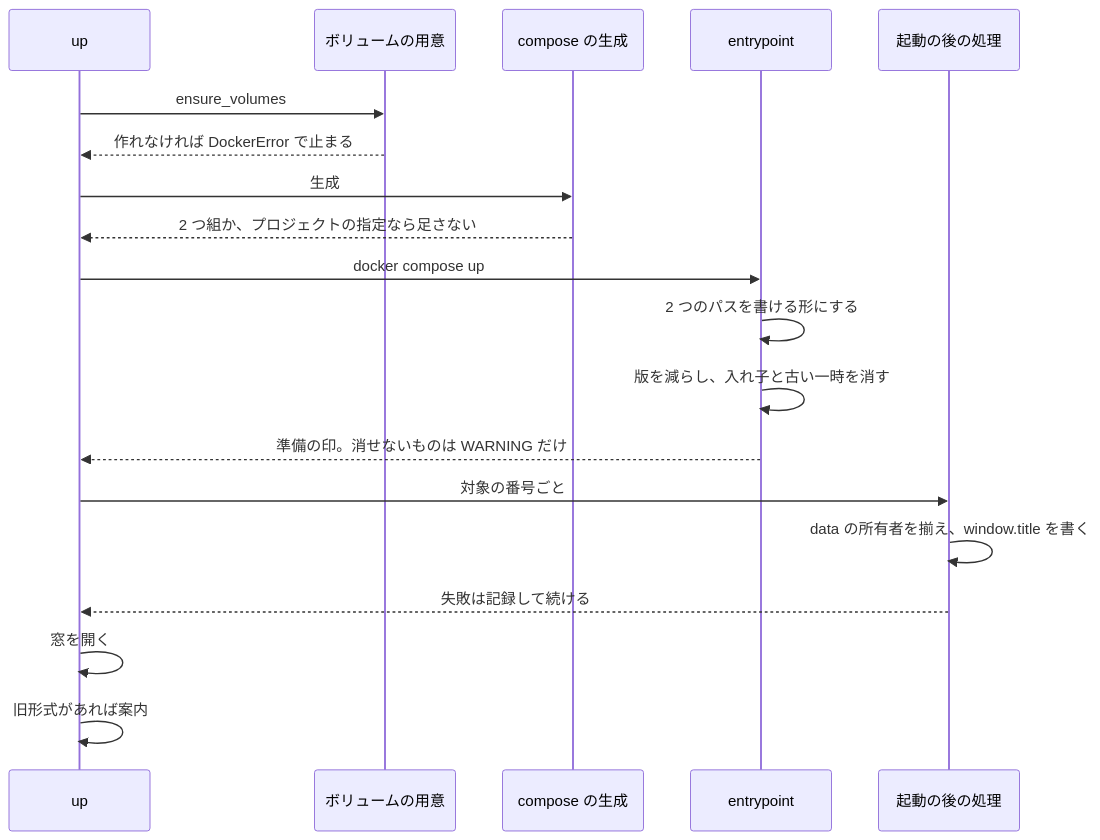
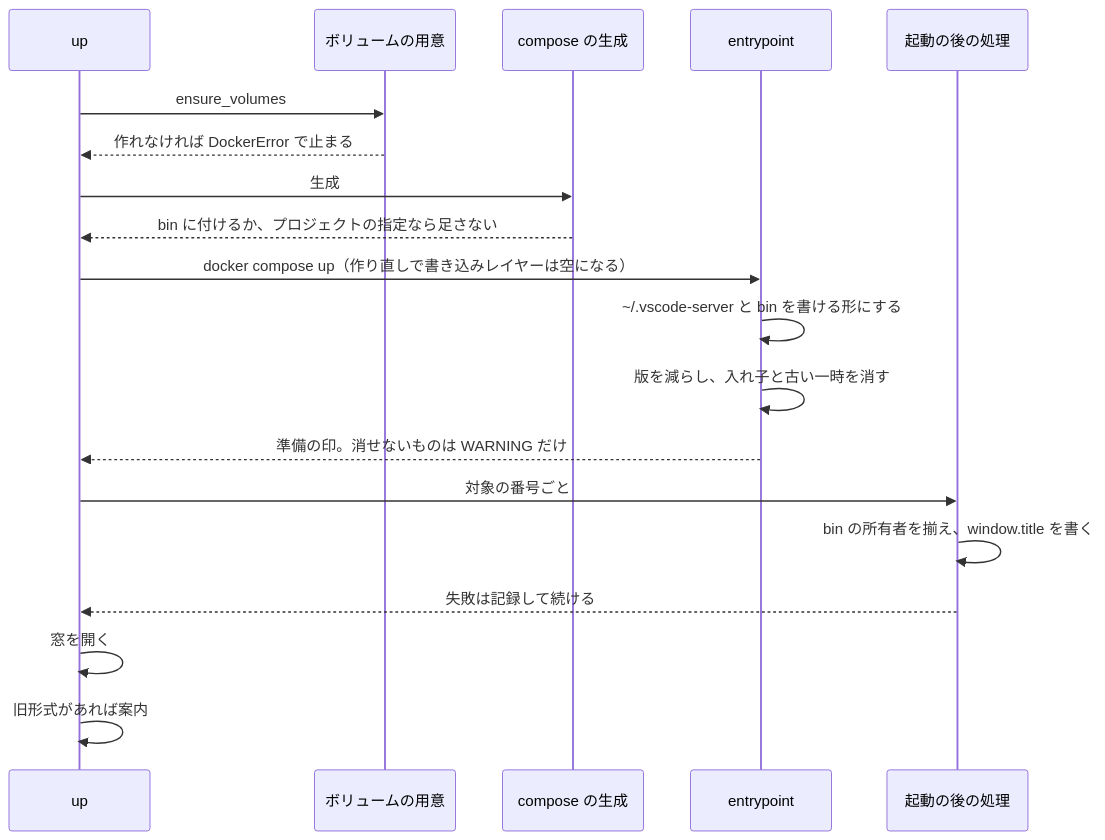
One commit to devbasex/devbase changed the fourth of 5 diagrams in issues/issue-463-design.md. Above: the diagram before and after it, drawn with Mermaid. The commit also changed other lines of this file and 3 other files, not shown here.

````diff
--- a/issues/issue-463-design.md
+++ b/issues/issue-463-design.md
@@ -297,21 +297,21 @@
 ```mermaid
 sequenceDiagram
     participant U as up
     participant V as ボリュームの用意
     participant C as compose の生成
     participant E as entrypoint
     participant P as 起動の後の処理
     U->>V: ensure_volumes
     V-->>U: 作れなければ DockerError で止まる
     U->>C: 生成
-    C-->>U: 2 つ組か、プロジェクトの指定なら足さない
-    U->>E: docker compose up
-    E->>E: 2 つのパスを書ける形にする
+    C-->>U: bin に付けるか、プロジェクトの指定なら足さない
+    U->>E: docker compose up（作り直しで書き込みレイヤーは空になる）
+    E->>E: ~/.vscode-server と bin を書ける形にする
     E->>E: 版を減らし、入れ子と古い一時を消す
     E-->>U: 準備の印。消せないものは WARNING だけ
     U->>P: 対象の番号ごと
-    P->>P: data の所有者を揃え、window.title を書く
+    P->>P: bin の所有者を揃え、window.title を書く
     P-->>U: 失敗は記録して続ける
     U->>U: 窓を開く
     U->>U: 旧形式があれば案内
 ```
````
